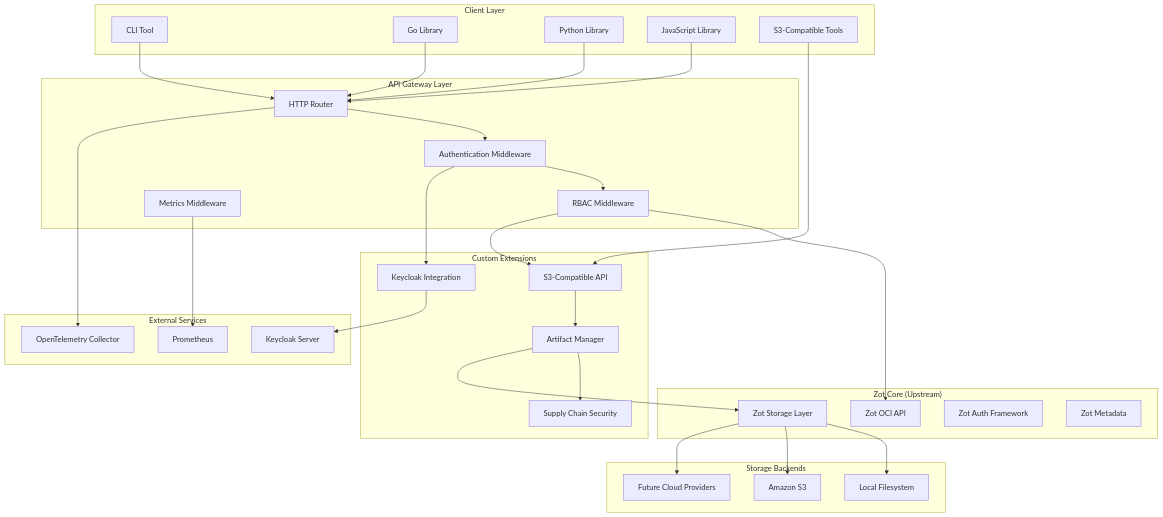
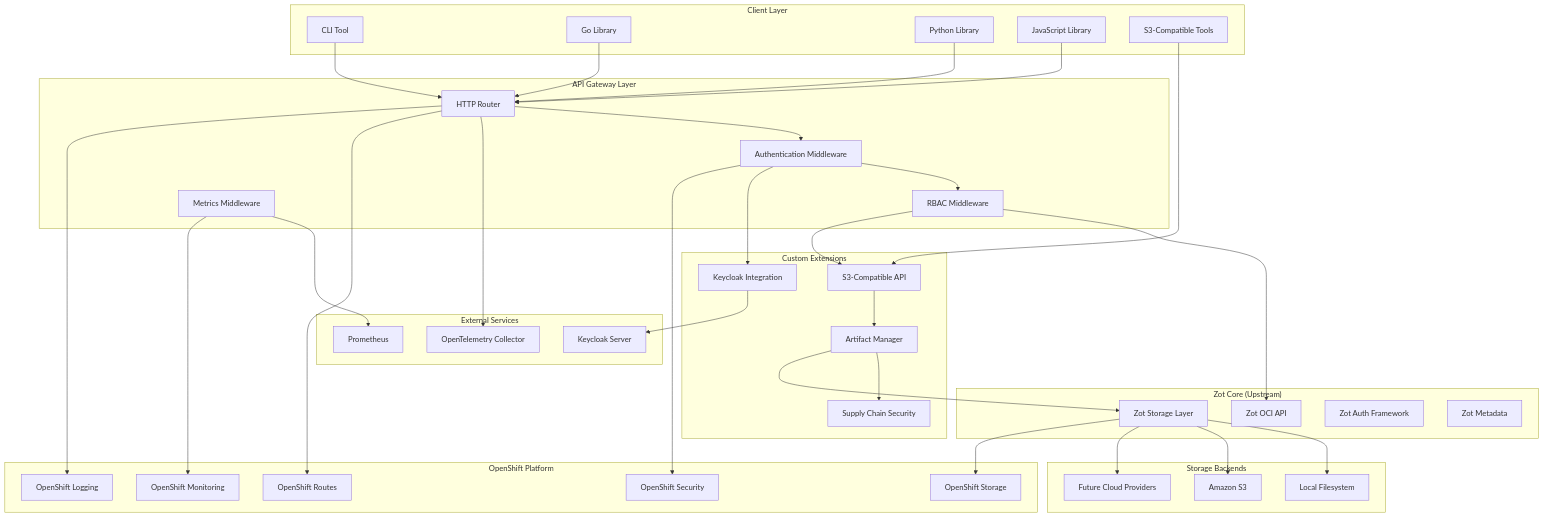
Before and after one commit to mickume/astore: the first of 4 diagrams in .kiro/specs/zot-artifact-store/design.md, drawn with Mermaid. The commit also changed other lines of this file and 2 other files, not shown here.

````diff
--- a/.kiro/specs/zot-artifact-store/design.md
+++ b/.kiro/specs/zot-artifact-store/design.md
@@ -13,68 +15,82 @@
 ```mermaid
 graph TB
     subgraph "Client Layer"
         CLI[CLI Tool]
         GoLib[Go Library]
         PyLib[Python Library]
         JSLib[JavaScript Library]
         S3Tools[S3-Compatible Tools]
     end
     
     subgraph "API Gateway Layer"
         Router[HTTP Router]
         Auth[Authentication Middleware]
         RBAC[RBAC Middleware]
         Metrics[Metrics Middleware]
     end
     
     subgraph "Zot Core (Upstream)"
         ZotAPI[Zot OCI API]
         ZotStorage[Zot Storage Layer]
         ZotAuth[Zot Auth Framework]
         ZotMeta[Zot Metadata]
     end
     
     subgraph "Custom Extensions"
         S3API[S3-Compatible API]
         ArtifactMgr[Artifact Manager]
         SupplyChain[Supply Chain Security]
         KeycloakInt[Keycloak Integration]
     end
     
     subgraph "Storage Backends"
         LocalFS[Local Filesystem]
         S3Backend[Amazon S3]
         FutureBackends[Future Cloud Providers]
     end
     
     subgraph "External Services"
         Keycloak[Keycloak Server]
         Prometheus[Prometheus]
         OTEL[OpenTelemetry Collector]
     end
     
+    subgraph "OpenShift Platform"
+        OSMonitoring[OpenShift Monitoring]
+        OSLogging[OpenShift Logging]
+        OSStorage[OpenShift Storage]
+        OSSecurity[OpenShift Security]
+        OSRoutes[OpenShift Routes]
+    end
+    
     CLI --> Router
     GoLib --> Router
     PyLib --> Router
     JSLib --> Router
     S3Tools --> S3API
     
     Router --> Auth
     Auth --> RBAC
     RBAC --> ZotAPI
     RBAC --> S3API
     
     S3API --> ArtifactMgr
     ArtifactMgr --> SupplyChain
     ArtifactMgr --> ZotStorage
     
     KeycloakInt --> Keycloak
     Auth --> KeycloakInt
     
     ZotStorage --> LocalFS
     ZotStorage --> S3Backend
     ZotStorage --> FutureBackends
     
     Metrics --> Prometheus
     Router --> OTEL
+    
+    Router --> OSRoutes
+    Metrics --> OSMonitoring
+    Router --> OSLogging
+    ZotStorage --> OSStorage
+    Auth --> OSSecurity
 ```
````
